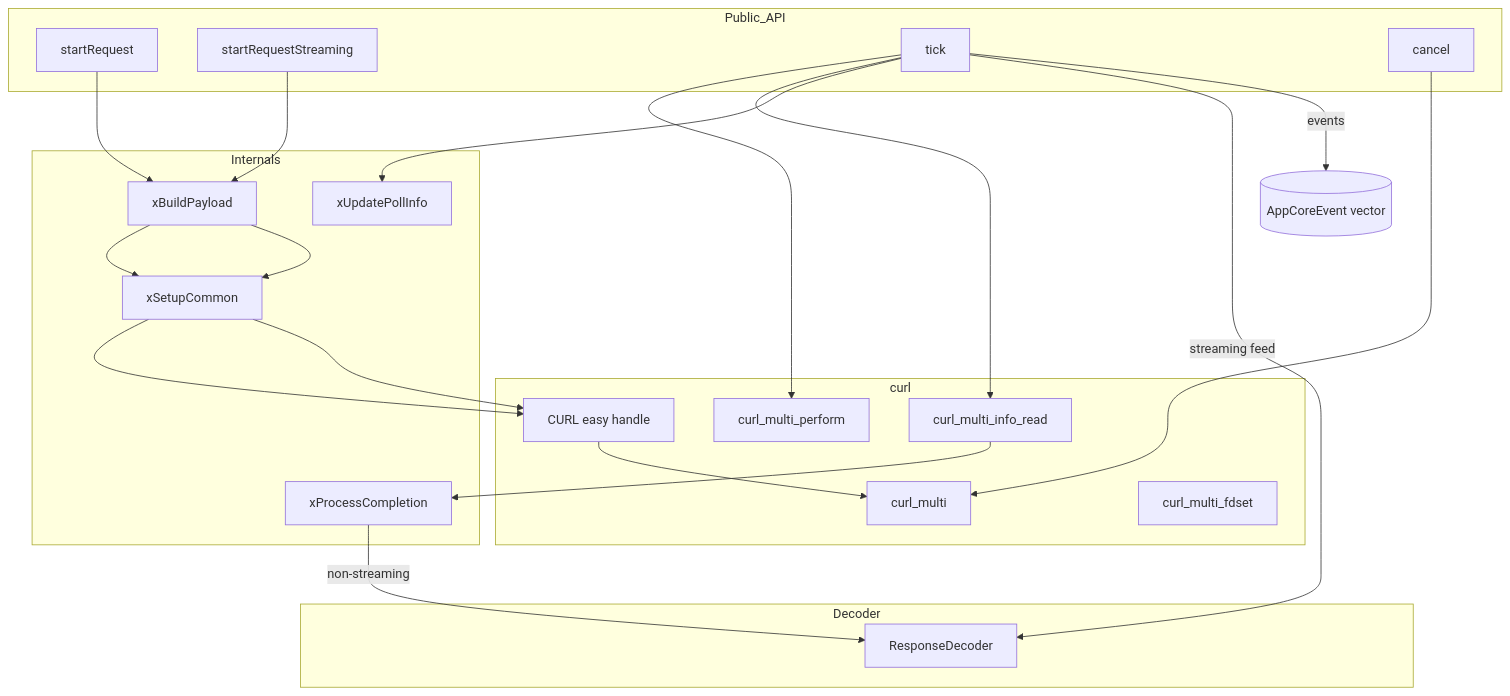
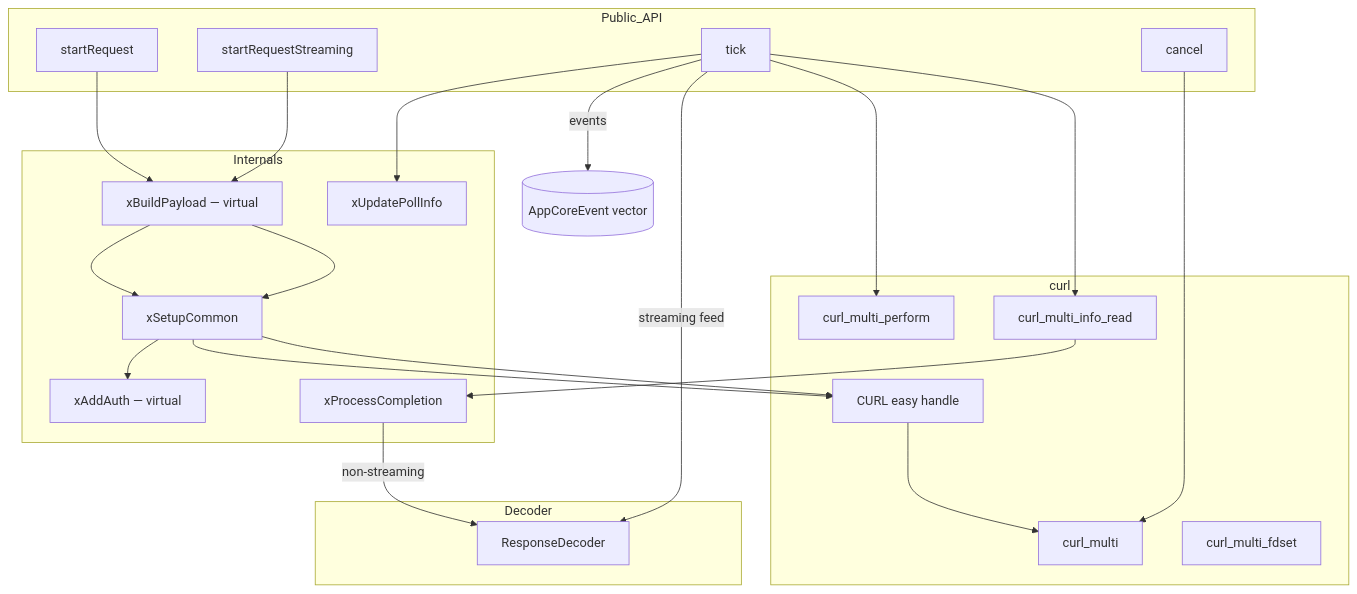
The first of 2 diagrams in src/driven_provider.spec.md (opensassi/a0), drawn with Mermaid before and after one commit. The commit also changed other lines of this file and 30 other files, not shown here.

````diff
--- a/src/driven_provider.spec.md
+++ b/src/driven_provider.spec.md
@@ -81,40 +82,42 @@
 ```mermaid
 graph TB
     subgraph Public_API
         SR[startRequest]
         SRS[startRequestStreaming]
         TICK[tick]
         CANCEL[cancel]
     end
 
     subgraph Internals
-        BUILD[xBuildPayload]
+        BUILD[xBuildPayload — virtual]
+        AUTH[xAddAuth — virtual]
         SETUP[xSetupCommon]
         POLL[xUpdatePollInfo]
         COMPL[xProcessCompletion]
     end
 
     subgraph curl
         MULTI[curl_multi]
         EASY[CURL easy handle]
         FDSET[curl_multi_fdset]
         PERFORM[curl_multi_perform]
         INFO[curl_multi_info_read]
     end
 
     subgraph Decoder
         DEC[ResponseDecoder]
     end
 
     SR --> BUILD --> SETUP --> EASY
     SRS --> BUILD --> SETUP --> EASY
+    SETUP --> AUTH
     EASY --> MULTI
     TICK --> PERFORM
     TICK --> INFO
     TICK --> POLL
     INFO --> COMPL
     COMPL -->|non-streaming| DEC
     TICK -->|streaming feed| DEC
     TICK -->|events| out[(AppCoreEvent vector)]
     CANCEL --> MULTI
 ```
````
